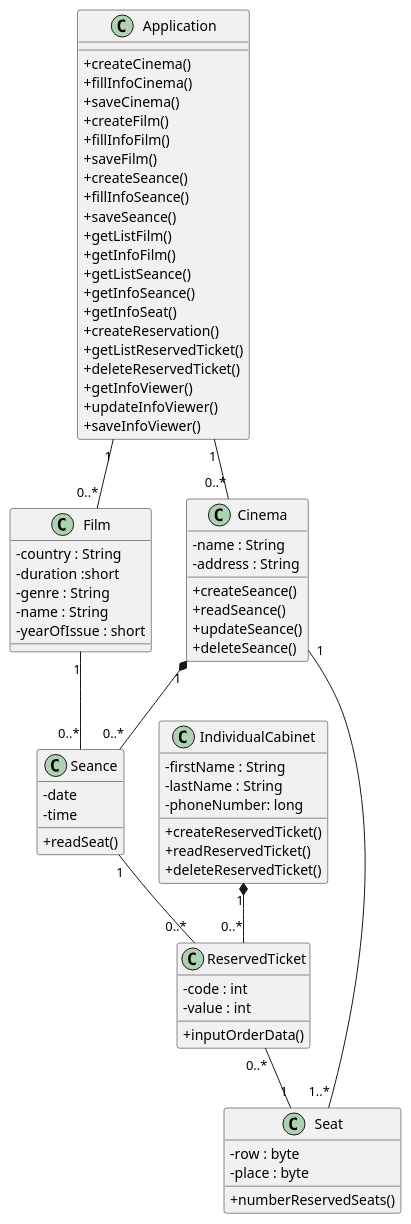
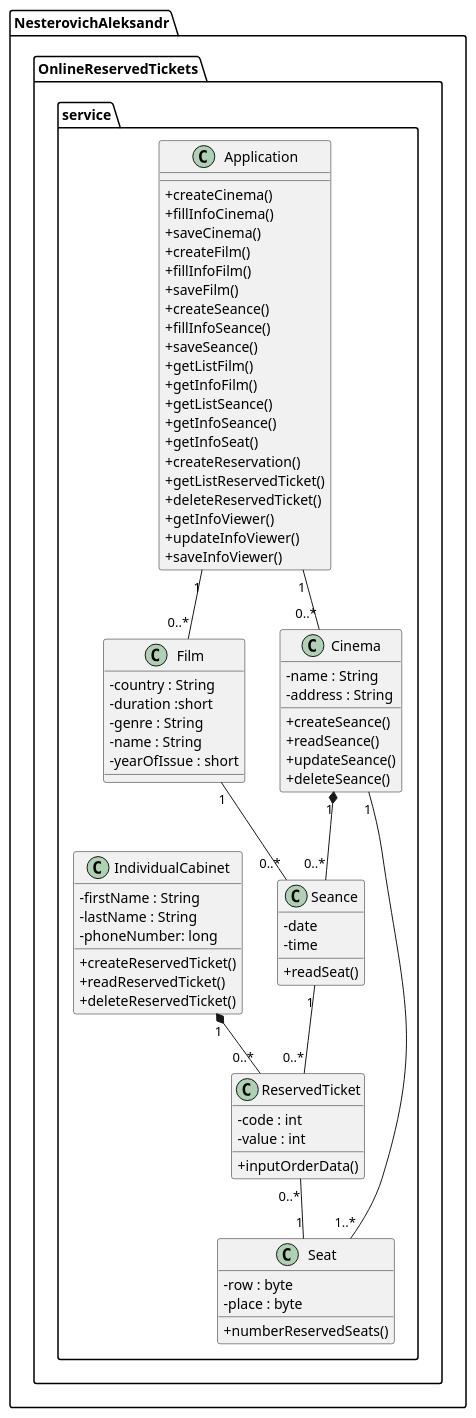
Before and after one commit to chivo-retsen/OnlineReservedTickets: the diagram in src/main/resources/UML/Class.puml, drawn with PlantUML. The commit also changed 31 other files, not shown here.

```diff
--- a/src/main/resources/UML/Class.puml
+++ b/src/main/resources/UML/Class.puml
@@ -1,81 +1,81 @@
 @startuml
 skinparam classAttributeIconSize 0
 
-class Application{
+class NesterovichAleksandr.OnlineReservedTickets.service.Application{
 
 +createCinema()
 +fillInfoCinema()
 +saveCinema()
 +createFilm()
 +fillInfoFilm()
 +saveFilm()
 +createSeance()
 +fillInfoSeance()
 +saveSeance()
 +getListFilm()
 +getInfoFilm()
 +getListSeance()
 +getInfoSeance()
 +getInfoSeat()
 +createReservation()
 +getListReservedTicket()
 +deleteReservedTicket()
 +getInfoViewer()
 +updateInfoViewer()
 +saveInfoViewer()
 }
 
-class Film{
+class NesterovichAleksandr.OnlineReservedTickets.service.Film{
 -country : String
 -duration :short
 -genre : String
 -name : String
 -yearOfIssue : short
 }
 
-class Seance{
+class NesterovichAleksandr.OnlineReservedTickets.service.Seance{
 -date
 -time
 +readSeat()
 }
 
-class Cinema{
+class NesterovichAleksandr.OnlineReservedTickets.service.Cinema{
 -name : String
 -address : String
 +createSeance()
 +readSeance()
 +updateSeance()
 +deleteSeance()
 }
 
-class Seat{
+class NesterovichAleksandr.OnlineReservedTickets.service.Seat{
 -row : byte
 -place : byte
 +numberReservedSeats()
 }
 
-class ReservedTicket{
+class NesterovichAleksandr.OnlineReservedTickets.service.ReservedTicket{
 -code : int
 -value : int
 +inputOrderData()
 }
 
-class IndividualCabinet{
+class NesterovichAleksandr.OnlineReservedTickets.service.IndividualCabinet{
 -firstName : String
 -lastName : String
 -phoneNumber: long
 +createReservedTicket()
 +readReservedTicket()
 +deleteReservedTicket()
 }
 
-Application "1" -- "0..*" Film
-Application "1" -- "0..*" Cinema
-Film "1" -- "0..*" Seance
-Seance "1" -- "0..*" ReservedTicket
-ReservedTicket "0..*" -- "1" Seat
-Cinema "1" -- "1..*" Seat
-Cinema "1" *--  "0..*" Seance
-IndividualCabinet "1" *-- "0..*" ReservedTicket
+NesterovichAleksandr.OnlineReservedTickets.service.Application "1" -- "0..*" NesterovichAleksandr.OnlineReservedTickets.service.Film
+NesterovichAleksandr.OnlineReservedTickets.service.Application "1" -- "0..*" NesterovichAleksandr.OnlineReservedTickets.service.Cinema
+NesterovichAleksandr.OnlineReservedTickets.service.Film "1" -- "0..*" NesterovichAleksandr.OnlineReservedTickets.service.Seance
+NesterovichAleksandr.OnlineReservedTickets.service.Seance "1" -- "0..*" NesterovichAleksandr.OnlineReservedTickets.service.ReservedTicket
+NesterovichAleksandr.OnlineReservedTickets.service.ReservedTicket "0..*" -- "1" NesterovichAleksandr.OnlineReservedTickets.service.Seat
+NesterovichAleksandr.OnlineReservedTickets.service.Cinema "1" -- "1..*" NesterovichAleksandr.OnlineReservedTickets.service.Seat
+NesterovichAleksandr.OnlineReservedTickets.service.Cinema "1" *--  "0..*" NesterovichAleksandr.OnlineReservedTickets.service.Seance
+NesterovichAleksandr.OnlineReservedTickets.service.IndividualCabinet "1" *-- "0..*" NesterovichAleksandr.OnlineReservedTickets.service.ReservedTicket
 
 @enduml
```
